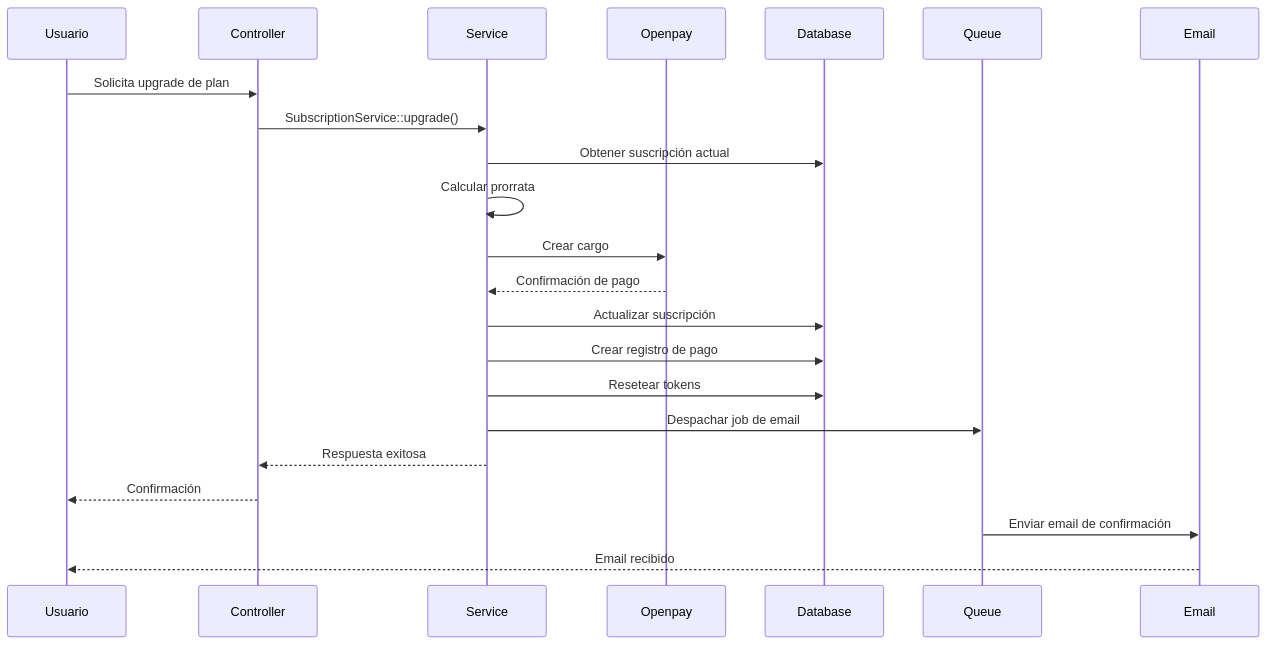
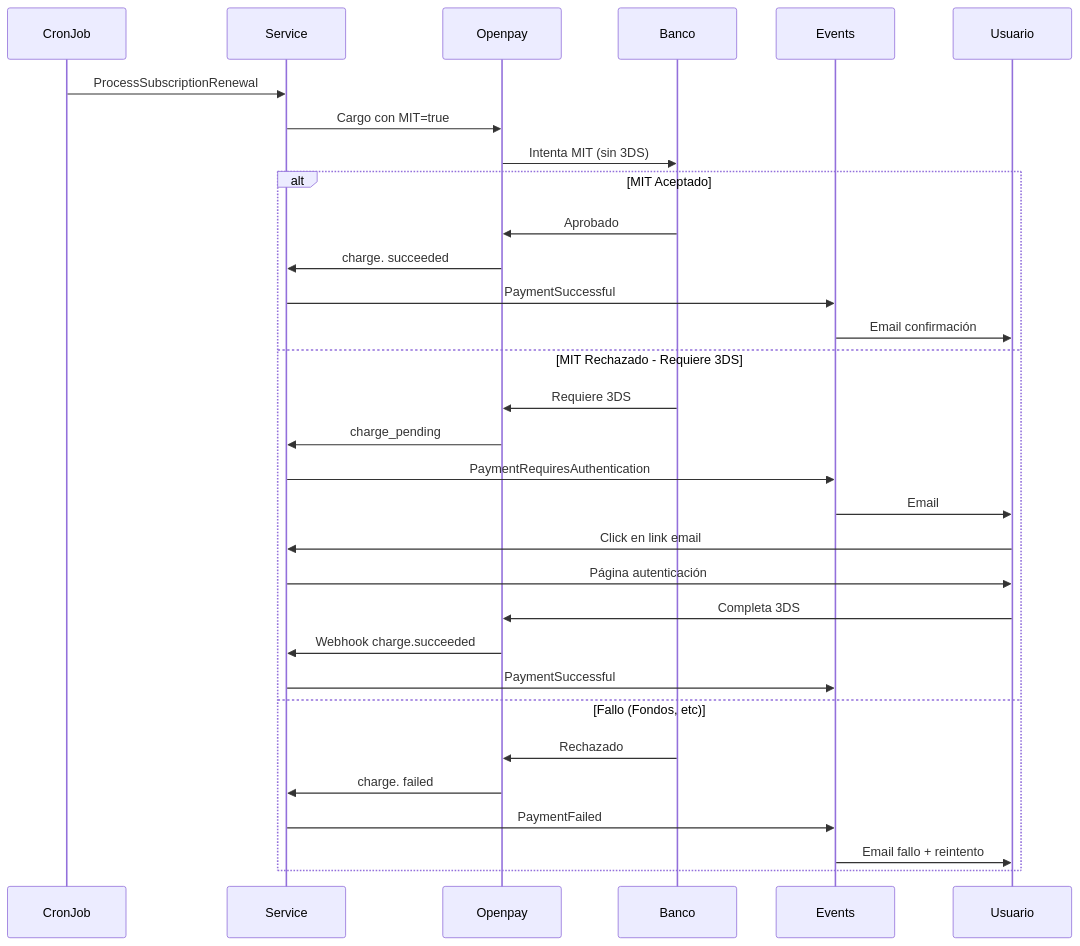
Before and after one commit to CesarAntolinez/docs-agenda-medica-subscripciones: the fourth of 4 diagrams in docs/ARCHITECTURE.md, drawn with Mermaid. The commit also changed other lines of this file, not shown here.

Commit message:
Add complete system architecture documentation with 3DS

````diff
--- a/docs/ARCHITECTURE.md
+++ b/docs/ARCHITECTURE.md
@@ -1461,25 +897,35 @@
 ```mermaid
 sequenceDiagram
-    participant U as Usuario
-    participant C as Controller
+    participant C as CronJob
     participant S as Service
     participant O as Openpay
-    participant DB as Database
-    participant Q as Queue
-    participant E as Email
+    participant B as Banco
+    participant E as Events
+    participant U as Usuario
     
-    U->>C: Solicita upgrade de plan
-    C->>S: SubscriptionService::upgrade()
-    S->>DB: Obtener suscripción actual
-    S->>S: Calcular prorrata
-    S->>O: Crear cargo
-    O-->>S: Confirmación de pago
-    S->>DB: Actualizar suscripción
-    S->>DB: Crear registro de pago
-    S->>DB: Resetear tokens
-    S->>Q: Despachar job de email
-    S-->>C: Respuesta exitosa
-    C-->>U: Confirmación
-    Q->>E: Enviar email de confirmación
-    E-->>U: Email recibido
+    C->>S: ProcessSubscriptionRenewal
+    S->>O: Cargo con MIT=true
+    O->>B:  Intenta MIT (sin 3DS)
+    
+    alt MIT Aceptado
+        B->>O: Aprobado
+        O->>S: charge. succeeded
+        S->>E: PaymentSuccessful
+        E->>U: Email confirmación
+    else MIT Rechazado - Requiere 3DS
+        B->>O: Requiere 3DS
+        O->>S: charge_pending
+        S->>E: PaymentRequiresAuthentication
+        E->>U: Email #20: Autentica tu pago
+        U->>S: Click en link email
+        S->>U: Página autenticación
+        U->>O: Completa 3DS
+        O->>S: Webhook charge.succeeded
+        S->>E: PaymentSuccessful
+    else Fallo (Fondos, etc)
+        B->>O:  Rechazado
+        O->>S:  charge. failed
+        S->>E:  PaymentFailed
+        E->>U: Email fallo + reintento
+    end
 ```
````
